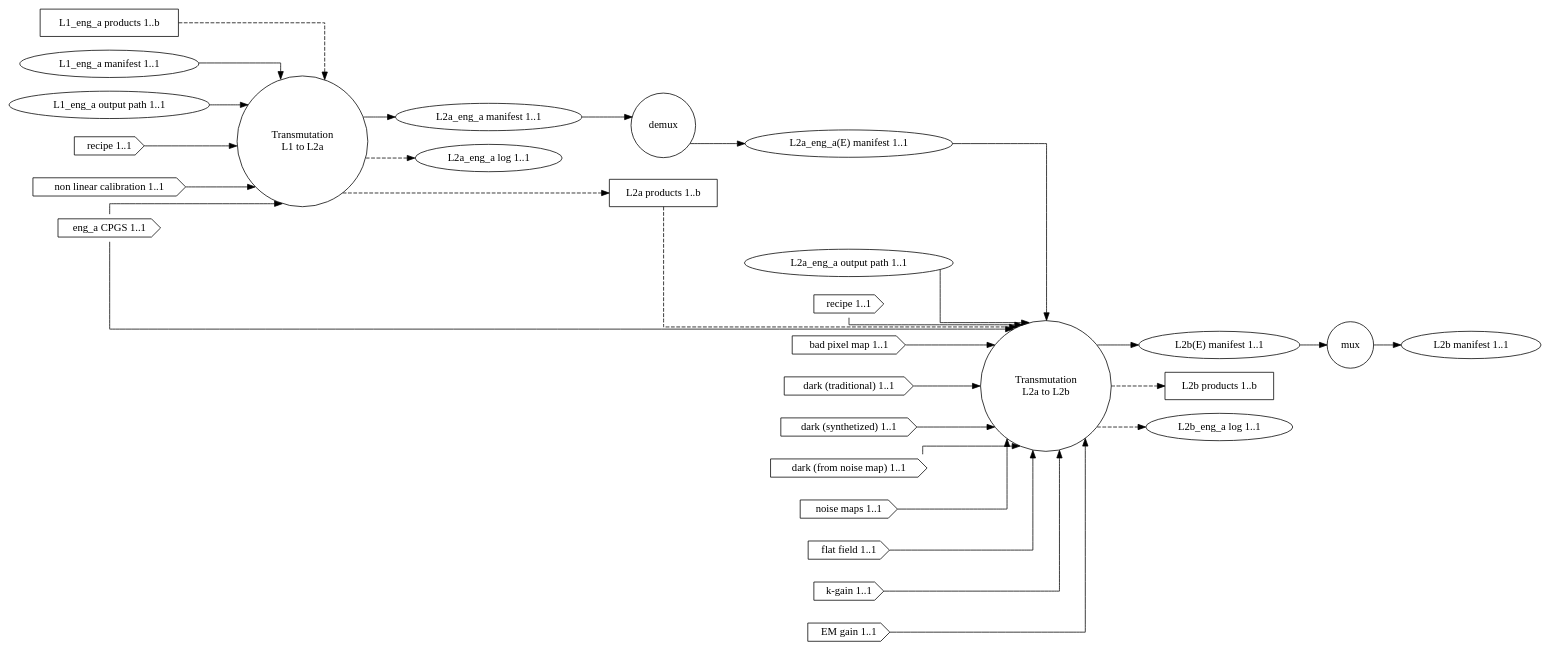
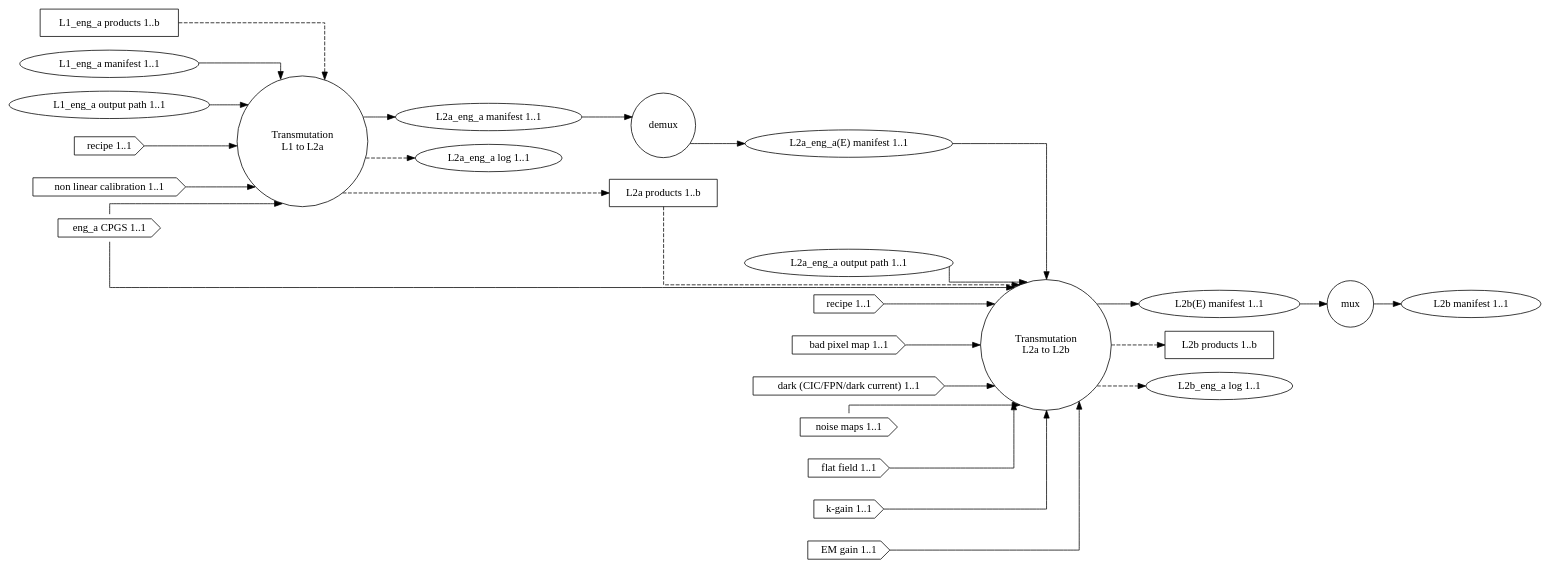
One commit to roman-corgi/ctc-dip changed the diagram in dip/basis/ch_eng_a.dot. Above: the diagram before and after it, drawn with Graphviz. The commit also changed 2 other files, not shown here.

Commit message:
update the eng_a channel to new names

```diff
--- a/dip/basis/ch_eng_a.dot
+++ b/dip/basis/ch_eng_a.dot
@@ -1,89 +1,84 @@
 digraph Channel_eng_a_Design
 {
   graph [splines="ortho", rankdir=LR];
-
   trans_eng_a_l1_l2a [label="Transmutation\nL1 to L2a", shape="circle",
                       runname="l1.transmutation_eng_a"
                       runtype="dawgie.Algorithm"
                       fsmtype="dip.base.Runner"];
   trans_eng_a_l2a_l2b [label="Transmutation\nL2a to L2b", shape="circle",
                        runname="l2a.transmutation_eng_a",
                        runtype="dawgie.Algorithm"
                        fsmtype="dip.base.Runner"];
   l2_eng_a_demux [label="demux", shape="circle"
                   runname="l2a.demux_eng_a"
                   runtype="dawgie.Algorithm"
                   fsmtype="dip.clerk.impls.demux.FSM"]
   l2_eng_a_mux [label="mux", shape="circle"
                 runname="l2b.mux_eng_a"
                 runtype="dawgie.Analyzer"
                 fsmtype="dip.clerk.impls.mux.FSM"]
         
   l1_eng_a_prod [label="L1_eng_a products 1..b", shape="rectangle"];
   l1_eng_a_man [label="L1_eng_a manifest 1..1", shape="ellipse"];
   eng_a_cpgs [label="eng_a CPGS 1..1", shape="cds"];
   l1_eng_a_odir [label="L1_eng_a output path 1..1", shape="ellipse"];
   l1_eng_a_rec [label="recipe 1..1", shape="cds"];
   l1_eng_a_nln [label="non linear calibration 1..1", shape="cds"];
 
   l2a_eng_a_man [label="L2a_eng_a manifest 1..1", shape="ellipse"
                  valname="l1.transmutation_eng_a.product.manifest"
                  valtype="dip.base.Manifest"];
   l2a_eng_a_man_demux [label="L2a_eng_a(E) manifest 1..1", shape="ellipse"
                        valname="l2a.demux_eng_a.product.manifest"
                        valtype="dip.base.Manifest"];
   l2a_eng_a_log [label="L2a_eng_a log 1..1", shape="ellipse"];
   l2a_eng_a_prod [label="L2a products 1..b", shape="rectangle"];
   l2a_eng_a_odir [label="L2a_eng_a output path 1..1", shape="ellipse"];
   l2a_eng_a_rec [label="recipe 1..1", shape="cds"];
-  l2a_eng_a_bpm [label="bad pixel map 1..1", shape="cds"];
-  l2a_eng_a_dt  [label="dark (traditional) 1..1", shape="cds"];
-  l2a_eng_a_ds  [label="dark (synthetized) 1..1", shape="cds"];
-  l2a_eng_a_dn  [label="dark (from noise map) 1..1", shape="cds"];
+  l2a_eng_a_mbpm [label="bad pixel map 1..1", shape="cds"];
+  l2a_eng_a_dnb  [label="dark (CIC/FPN/dark current) 1..1", shape="cds"];
   l2a_eng_a_nm  [label="noise maps 1..1", shape="cds"];
   l2a_eng_a_ff  [label="flat field 1..1", shape="cds"];
-  l2a_eng_a_kg  [label="k-gain 1..1", shape="cds"];
+  l2a_eng_a_kgain  [label="k-gain 1..1", shape="cds"];
   l2a_eng_a_emg [label="EM gain 1..1", shape="cds"];
 
   l2b_eng_a_man [label="L2b manifest 1..1", shape="ellipse"
                  valname="l2b.mux_eng_a.product.manifest",
                  valtype="dip.base.Manifest"];
   l2b_eng_a_man_demux [label="L2b(E) manifest 1..1", shape="ellipse"
                  valname="l2a.transmutation_eng_a.product.manifest",
                  valtype="dip.base.Manifest"];
   l2b_eng_a_prod [label="L2b products 1..b", shape="rectangle"];
   l2b_eng_a_log [label="L2b_eng_a log 1..1", shape="ellipse"];
 
   l1_eng_a_prod -> trans_eng_a_l1_l2a [style="dashed"];
   l1_eng_a_man -> trans_eng_a_l1_l2a;
   eng_a_cpgs -> trans_eng_a_l1_l2a;
   l1_eng_a_odir -> trans_eng_a_l1_l2a;
   l1_eng_a_rec -> trans_eng_a_l1_l2a;
   l1_eng_a_nln -> trans_eng_a_l1_l2a;
 
   trans_eng_a_l1_l2a -> l2a_eng_a_prod [style="dashed"];
   trans_eng_a_l1_l2a -> l2a_eng_a_log [style="dashed"];
   trans_eng_a_l1_l2a -> l2a_eng_a_man;
 
   l2a_eng_a_prod -> trans_eng_a_l2a_l2b [style="dashed"];
   l2a_eng_a_man -> l2_eng_a_demux;
   l2_eng_a_demux -> l2a_eng_a_man_demux;
   l2a_eng_a_man_demux -> trans_eng_a_l2a_l2b;
   eng_a_cpgs -> trans_eng_a_l2a_l2b;
   l2a_eng_a_odir -> trans_eng_a_l2a_l2b;
   l2a_eng_a_rec -> trans_eng_a_l2a_l2b;
-  l2a_eng_a_bpm -> trans_eng_a_l2a_l2b;
-  l2a_eng_a_dt -> trans_eng_a_l2a_l2b;
-  l2a_eng_a_ds -> trans_eng_a_l2a_l2b;
-  l2a_eng_a_dn -> trans_eng_a_l2a_l2b;
+  l2a_eng_a_mbpm -> trans_eng_a_l2a_l2b;
+  l2a_eng_a_dnb -> trans_eng_a_l2a_l2b;
   l2a_eng_a_nm -> trans_eng_a_l2a_l2b;
   l2a_eng_a_ff -> trans_eng_a_l2a_l2b;
-  l2a_eng_a_kg -> trans_eng_a_l2a_l2b;
+  l2a_eng_a_kgain -> trans_eng_a_l2a_l2b;
   l2a_eng_a_emg -> trans_eng_a_l2a_l2b;
 
   trans_eng_a_l2a_l2b -> l2b_eng_a_prod [style="dashed"];
   trans_eng_a_l2a_l2b -> l2b_eng_a_log [style="dashed"];
   trans_eng_a_l2a_l2b -> l2b_eng_a_man_demux;
   l2b_eng_a_man_demux -> l2_eng_a_mux;
   l2_eng_a_mux -> l2b_eng_a_man;
 }
```
